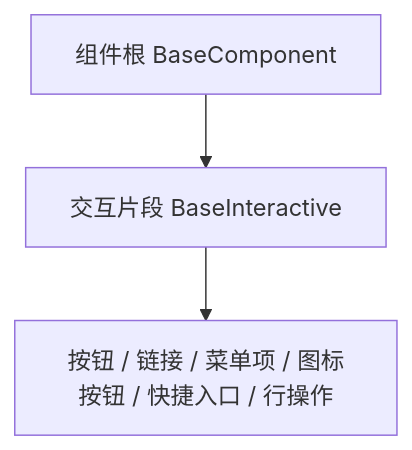
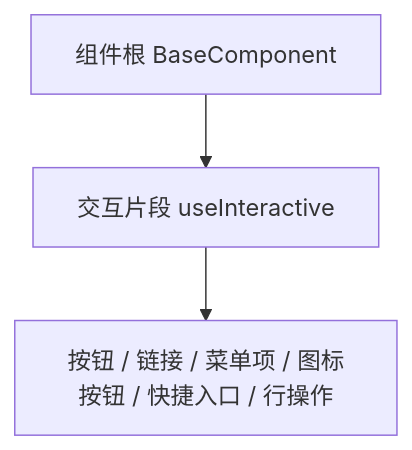
One commit to minjian123/basic-management-system changed the diagram in bms文档/设计/组件设计/02_基础组件类/02_能力片段/01_组件设计_交互片段/01_组件设计_交互片段.md. Above: the diagram before and after it, drawn with Mermaid. The commit also changed other lines of this file and 30 other files, not shown here.

````diff
--- a/bms文档/设计/组件设计/02_基础组件类/02_能力片段/01_组件设计_交互片段/01_组件设计_交互片段.md
+++ b/bms文档/设计/组件设计/02_基础组件类/02_能力片段/01_组件设计_交互片段/01_组件设计_交互片段.md
@@ -15,5 +15,5 @@
 ```mermaid
 flowchart TD
-    COMP["组件根 BaseComponent"] --> I["交互片段 BaseInteractive"]
+    COMP["组件根 BaseComponent"] --> I["交互片段 useInteractive"]
     I --> A["按钮 / 链接 / 菜单项 / 图标按钮 / 快捷入口 / 行操作"]
 ```
````
